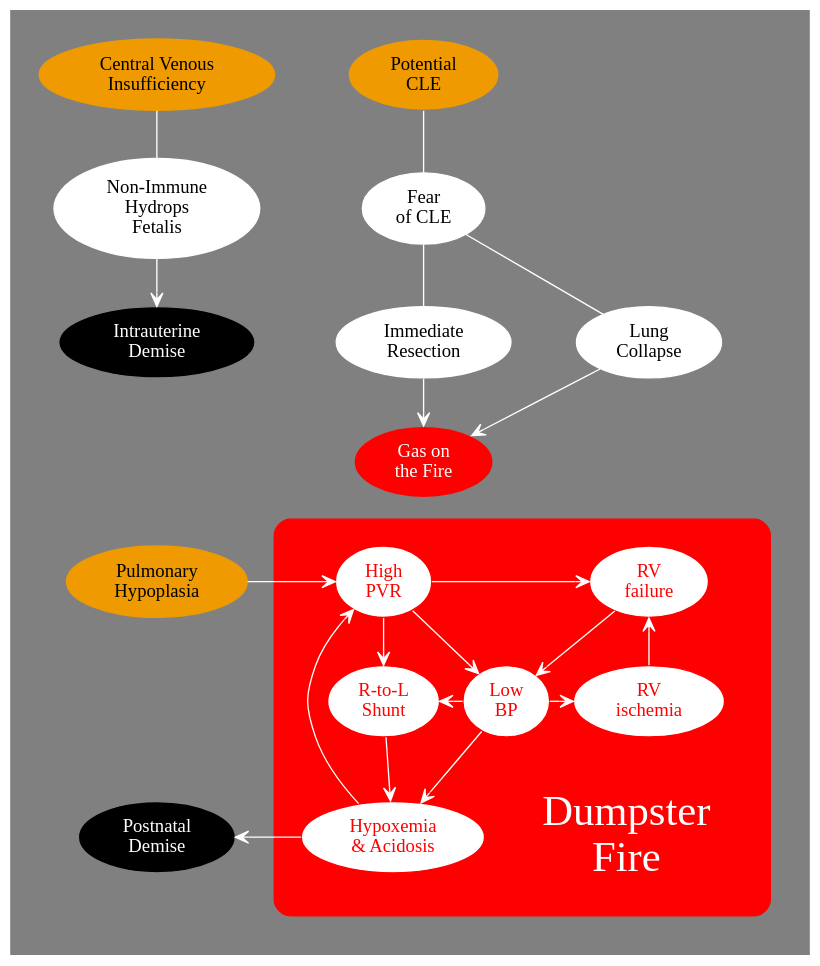
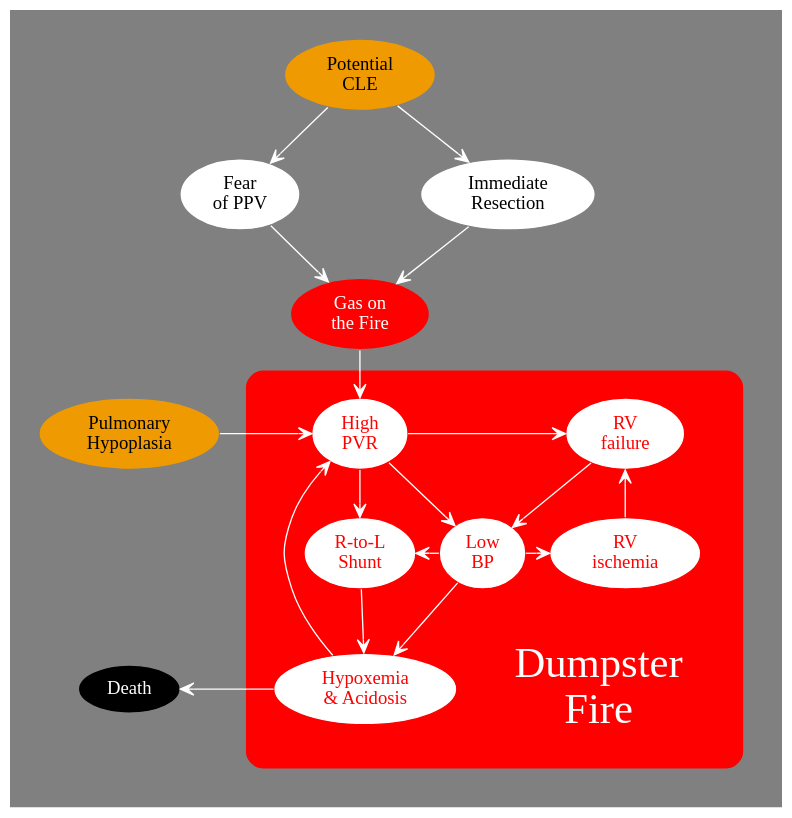
The diagram in dumpster-fire.dot (mdtsandman/CLO), drawn with Graphviz before and after one commit. The commit also changed 2 other files, not shown here.

Commit message:
Hydrops subgraph removed

```diff
--- a/dumpster-fire.dot
+++ b/dumpster-fire.dot
@@ -1,83 +1,78 @@
 digraph Risks {
 
 rankdir=TB;
 newrank=true;
 compound=true;
 bgcolor=grey;
 pad = 0.3;
 
-node [color=white style=filled fillcolor=white];
-edge [arrowhead=none color=white];
+node [color=grey style=filled fillcolor=white];
+edge [arrowhead=vee color=white];
+
+PHP [label="Pulmonary\nHypoplasia" fillcolor=orange2 color=grey];
 
 MaybeCLE [label="Potential\nCLE" fillcolor=orange2 color=grey];
-NIHF [label="Non-Immune\nHydrops\nFetalis"];
+Fear [label="Fear\nof PPV"];
 OR [label="Immediate\nResection"];
-Fear [label="Fear\nof CLE"];
-FRC [label="Lung\nCollapse"];
-IUD [label="Intrauterine\nDemise" style=filled fillcolor=black color=grey fontcolor=white];
-Death [label="Postnatal\nDemise" style=filled fillcolor=black color=grey fontcolor=white];
 Catalyst [label="Gas on\nthe Fire" fontcolor=white style=filled fillcolor=red color=grey];
-Dummy1 [style=invis];
-Dummy2 [style=invis];
+Death [label="Death" style=filled fillcolor=black color=grey fontcolor=white];
 
-CVP [label="Central Venous\nInsufficiency" fillcolor=orange2 color=orange2];
-PHP [label="Pulmonary\nHypoplasia" fillcolor=orange2 color=orange2];
+// Dummy nodes for alignment
+D1 [style=invis];
+D2 [style=invis];
 
 subgraph ClusterFuck {
 
 	style=rounded;
 	margin=20;
 	color=red;
 	bgcolor=red;
 
-	node [fillcoloir=white color=red fontcolor=red];
+	node [fillcolor=white color=red fontcolor=red];
 	edge [arrowhead=vee color=white];
 
 	Label [label="Dumpster\nFire" shape=box fontsize=32 fontcolor=white fillcolor=red color=red];
 
 	RVI [label="RV\nischemia"];
 	RVF [label="RV\nfailure"];
 	PHTN [label="High\nPVR"];
 	Shunt [label="R-to-L\nShunt"];
 	LowBP [label="Low\nBP"];
 	Badness [label="Hypoxemia\n& Acidosis"];
 
 	PHTN -> LowBP -> Badness -> PHTN;
 	PHTN -> Shunt [weight=100];
 	Shunt -> Badness;
 	PHTN -> RVF;
 	LowBP -> RVI;
 	RVI -> RVF [weight=150];
 	RVF -> LowBP [weight=100];
 	LowBP -> Shunt;
 
 	{rank=same PHTN RVF};
 	{rank=same LowBP Shunt};
 	{rank=same RVI Shunt};
 	{rank=same Badness Label};
 
 }
 
-{rank=same CVP MaybeCLE};
-{rank=same NIHF Fear};
-{rank=same IUD OR FRC};
+{rank=min MaybeCLE};
+{rank=same Fear D2 OR};
 {rank=same PHP PHTN};
-{rank=same Dummy2 Shunt};
+{rank=same D1 Shunt};
 {rank=same Death Badness};
 
 
-PHP -> PHTN [arrowhead=vee];
-CVP -> NIHF [weight=100];
-NIHF -> IUD [arrowhead=vee weight=100];
-MaybeCLE -> Fear [weight=100];
-Fear -> {FRC OR};
-{FRC OR} -> Catalyst [arrowhead=vee];
-Catalyst -> PHTN [style=invis arrowhead=vee];
-Badness -> Death [arrowhead=vee];
+PHP -> PHTN;
+
+MaybeCLE -> {Fear OR} -> Catalyst;
+Catalyst -> PHTN [weight=200];
+
+Badness -> Death;
 
 // invis edges to force ordering and alignment ...
+Fear -> D2 -> OR [style=invis];
+MaybeCLE -> D2 -> Catalyst [style=invis weight=200];
+PHP -> D1 -> Death [style=invis weight=200];
 
-CVP -> MaybeCLE [style=invis];
-IUD -> PHP -> Dummy2 -> Death [style=invis weight=100];
-FRC -> RVF [style=invis weight=100];
 }
```
